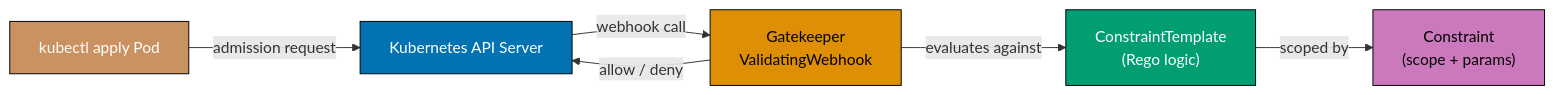
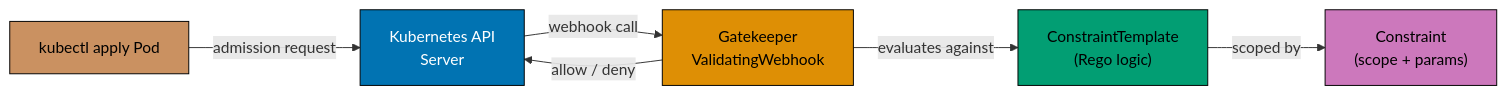
Before and after one commit to wahidyankf/ose-public: the third of 12 diagrams in apps/ayokoding-www/content/en/learn/legacy/software-engineering/infrastructure/tools/k3s/by-example/advanced.md, drawn with Mermaid. The commit also changed other lines of this file and 131 other files, not shown here.

First line of the commit message:
fix(mermaid): bring the legacy data, infrastructure, and testing diagrams onto the accessible palette

````diff
--- a/apps/ayokoding-www/content/en/learn/legacy/software-engineering/infrastructure/tools/k3s/by-example/advanced.md
+++ b/apps/ayokoding-www/content/en/learn/legacy/software-engineering/infrastructure/tools/k3s/by-example/advanced.md
@@ -654,21 +668,29 @@
 ```mermaid
 %% Color Palette: Blue #0173B2, Orange #DE8F05, Teal #029E73, Purple #CC78BC, Brown #CA9161
 graph LR
+    accTitle: Example 65: OPA Gatekeeper for Policy Enforcement
+    accDescr: Graph with 5 nodes and 5 connections. Nodes: kubectl apply Pod, Kubernetes API Server, Gatekeeper ValidatingWebhook, ConstraintTemplate (Rego logic), Constraint (scope + params). Connections: kubectl apply Pod to Kubernetes API Server (admission request), Kubernetes API Server to Gatekeeper ValidatingWebhook (webhook call), Gatekeeper ValidatingWebhook to ConstraintTemplate (Rego logic) (evaluates against), ConstraintTemplate (Rego logic) to Constraint (scope + params) (scoped by), Gatekeeper ValidatingWebhook to Kubernetes API Server (allow / deny).
     REQ["kubectl apply Pod"]
-    API["Kubernetes API Server"]
+    API["Kubernetes API<br/>Server"]
     GK["Gatekeeper<br/>ValidatingWebhook"]
     CT["ConstraintTemplate<br/>(Rego logic)"]
     C["Constraint<br/>(scope + params)"]
 
     REQ -->|admission request| API
     API -->|webhook call| GK
     GK -->|evaluates against| CT
     CT -->|scoped by| C
     GK -->|"allow / deny"| API
 
-    style REQ fill:#CA9161,stroke:#000,color:#fff
-    style API fill:#0173B2,stroke:#000,color:#fff
-    style GK fill:#DE8F05,stroke:#000,color:#000
-    style CT fill:#029E73,stroke:#000,color:#fff
-    style C fill:#CC78BC,stroke:#000,color:#000
+    classDef pal-CA9161 fill:#CA9161,stroke:#000000,color:#000000
+    class REQ pal-CA9161
+    classDef pal-0173B2 fill:#0173B2,stroke:#000000,color:#FFFFFF
+    class API pal-0173B2
+    classDef pal-DE8F05 fill:#DE8F05,stroke:#000000,color:#000000
+    class GK pal-DE8F05
+    classDef pal-029E73 fill:#029E73,stroke:#000000,color:#000000
+    class CT pal-029E73
+    classDef pal-CC78BC fill:#CC78BC,stroke:#000000,color:#000000
+    class C pal-CC78BC
+    classDef default fill:#FFFFFF,stroke:#000000,color:#000000
 ```
````
